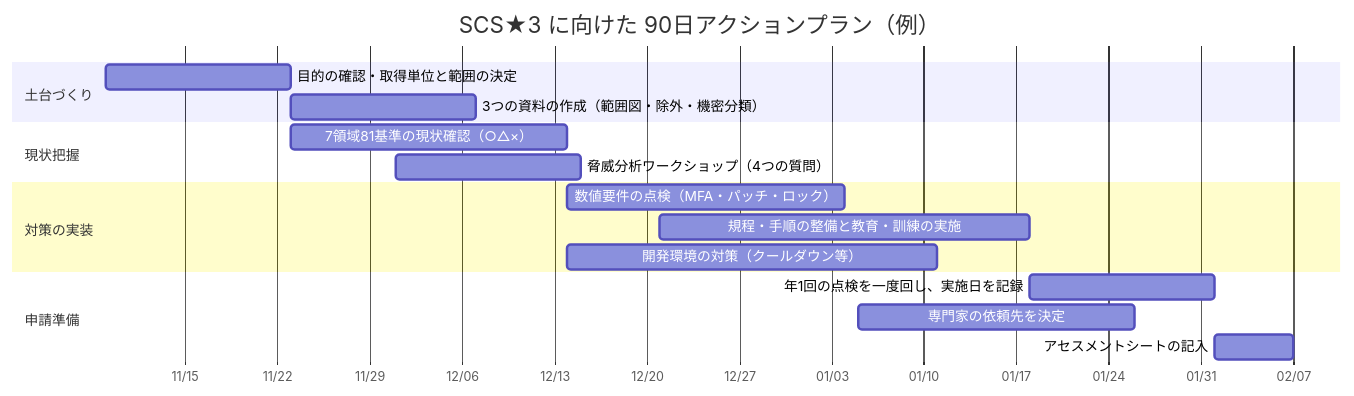
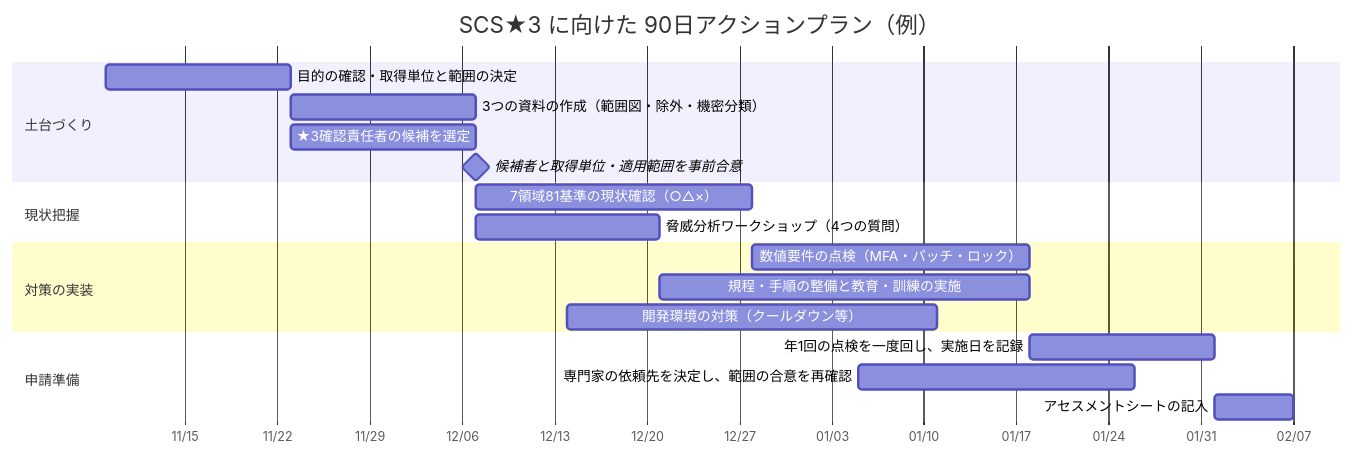
Before and after one commit to myoshi2891/Security_Studies: diagram 14 of 14 in Scs-evaluation-threat-analysis-guide.md, drawn with Mermaid. The commit also changed other lines of this file, not shown here.

````diff
--- a/Scs-evaluation-threat-analysis-guide.md
+++ b/Scs-evaluation-threat-analysis-guide.md
@@ -893,20 +906,22 @@
 ```mermaid
 gantt
     title SCS★3 に向けた 90日アクションプラン（例）
     dateFormat  YYYY-MM-DD
     axisFormat  %m/%d
     section 土台づくり
     目的の確認・取得単位と範囲の決定     :a1, 2026-11-09, 14d
     3つの資料の作成（範囲図・除外・機密分類） :a2, after a1, 14d
+    ★3確認責任者の候補を選定              :a3, 2026-11-23, 14d
+    候補者と取得単位・適用範囲を事前合意      :milestone, m1, after a2, 0d
     section 現状把握
-    7領域81基準の現状確認（○△×）        :b1, 2026-11-23, 21d
-    脅威分析ワークショップ（4つの質問）     :b2, 2026-12-01, 14d
+    7領域81基準の現状確認（○△×）        :b1, after m1, 21d
+    脅威分析ワークショップ（4つの質問）     :b2, after m1, 14d
     section 対策の実装
-    数値要件の点検（MFA・パッチ・ロック）   :c1, 2026-12-14, 21d
+    数値要件の点検（MFA・パッチ・ロック）   :c1, after b1, 21d
     規程・手順の整備と教育・訓練の実施      :c2, 2026-12-21, 28d
     開発環境の対策（クールダウン等）       :c3, 2026-12-14, 28d
     section 申請準備
     年1回の点検を一度回し、実施日を記録    :d1, 2027-01-18, 14d
-    専門家の依頼先を決定                :d2, 2027-01-05, 21d
+    専門家の依頼先を決定し、範囲の合意を再確認 :d2, 2027-01-05, 21d
     アセスメントシートの記入             :d3, 2027-02-01, 2027-02-07
 ```
````
